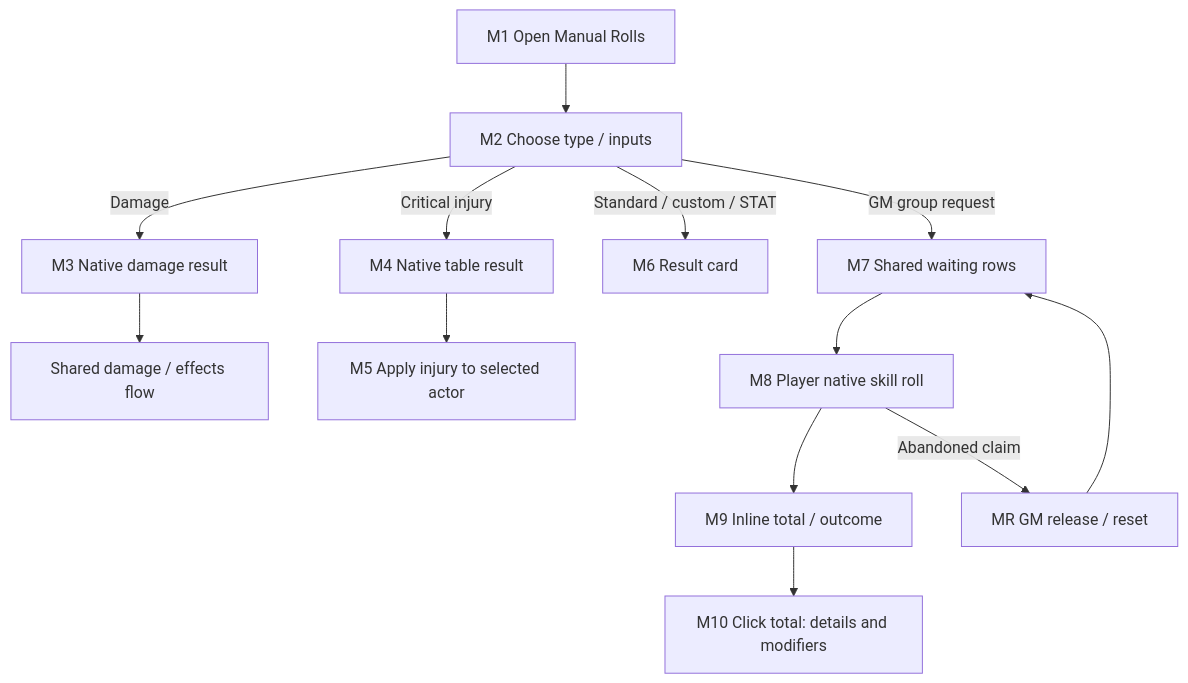
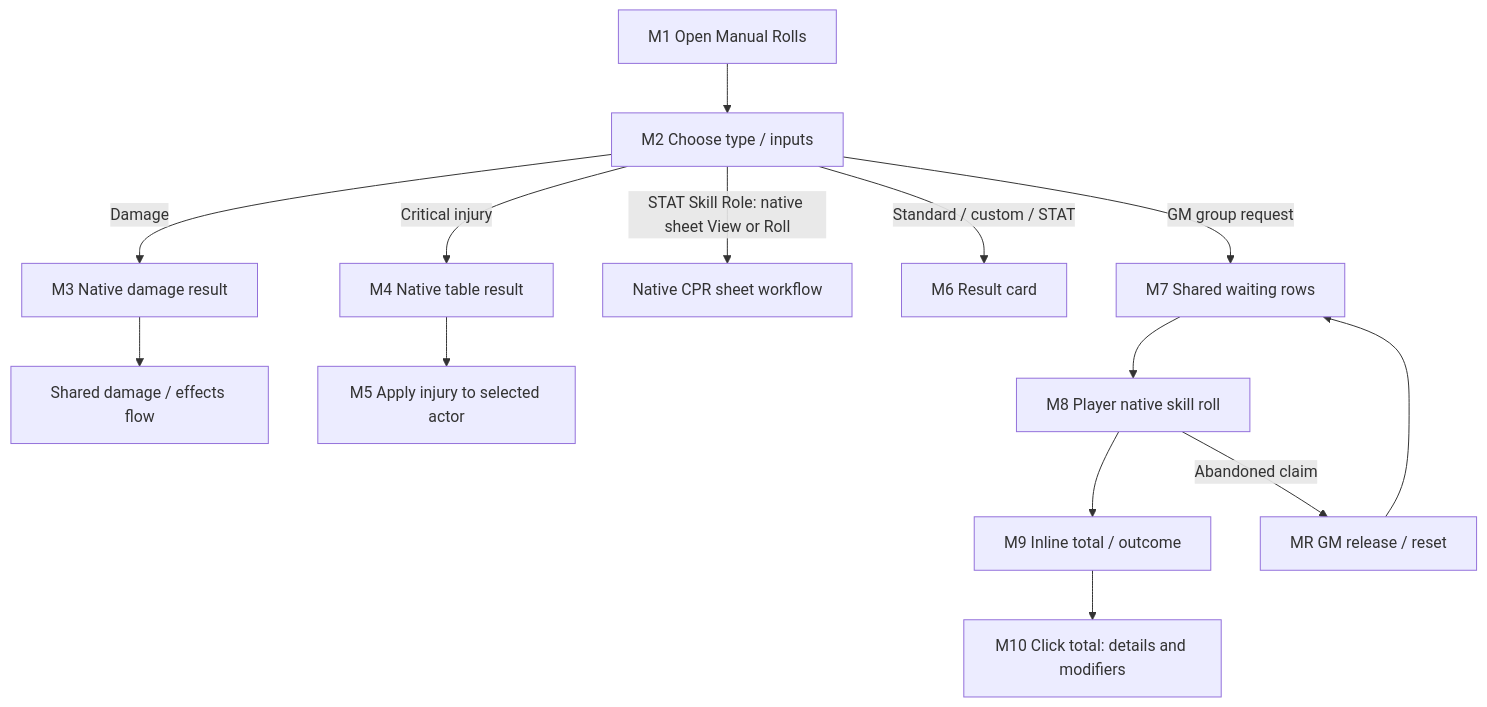
One commit to GMPneuma/PneumaCombatTools changed the tenth of 15 diagrams in docs/flow-map.md. Above: the diagram before and after it, drawn with Mermaid. The commit also changed other lines of this file and 74 other files, not shown here.

```diff
--- a/docs/flow-map.md
+++ b/docs/flow-map.md
@@ -274,15 +286,16 @@
 ~~~mermaid
 flowchart TD
  M1["M1 Open Manual Rolls"] --> M2["M2 Choose type / inputs"]
  M2 -->|Damage| M3["M3 Native damage result"]
  M3 --> D["Shared damage / effects flow"]
  M2 -->|Critical injury| M4["M4 Native table result"]
  M4 --> M5["M5 Apply injury to selected actor"]
+ M2 -->|STAT Skill Role: native sheet View or Roll| MN["Native CPR sheet workflow"]
  M2 -->|Standard / custom / STAT| M6["M6 Result card"]
  M2 -->|GM group request| M7["M7 Shared waiting rows"]
  M7 --> M8["M8 Player native skill roll"]
  M8 --> M9["M9 Inline total / outcome"]
  M9 --> M10["M10 Click total: details and modifiers"]
  M8 -->|Abandoned claim| MR["MR GM release / reset"]
  MR --> M7
 ~~~
```
